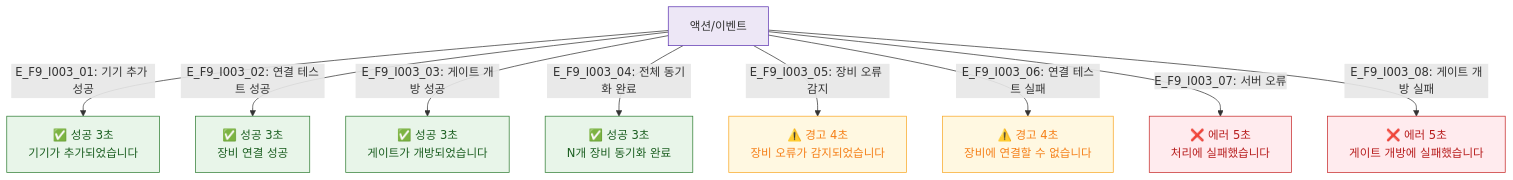
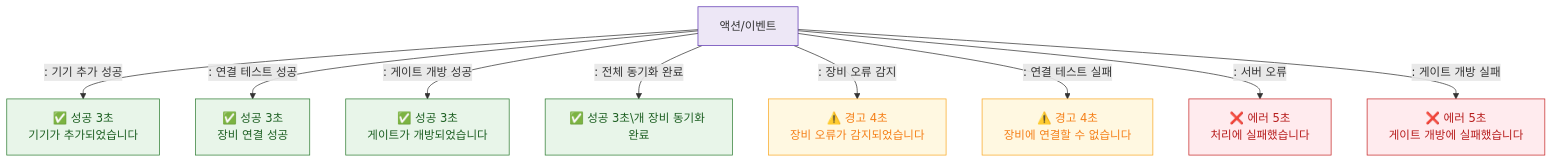
Before and after one commit to dev-spogym/admin-pando: the diagram in docs/다이어그램/D11_통합운영/SCR-I003_IoT연동관리/F9_토스트.md, drawn with Mermaid. The commit also changed other lines of this file and 1660 other files, not shown here.

First line of the commit message:
다이어그램: 기획자/클라이언트 납품본으로 정리

````diff
--- a/docs/다이어그램/D11_통합운영/SCR-I003_IoT연동관리/F9_토스트.md
+++ b/docs/다이어그램/D11_통합운영/SCR-I003_IoT연동관리/F9_토스트.md
@@ -16,22 +14,22 @@
 ```mermaid
 flowchart TD
     ACTIONS[액션/이벤트]
 
-    ACTIONS -->|"E_F9_I003_01: 기기 추가 성공"| T_OK1[✅ 성공 3초\n기기가 추가되었습니다]
-    ACTIONS -->|"E_F9_I003_02: 연결 테스트 성공"| T_OK2[✅ 성공 3초\n장비 연결 성공]
-    ACTIONS -->|"E_F9_I003_03: 게이트 개방 성공"| T_OK3[✅ 성공 3초\n게이트가 개방되었습니다]
-    ACTIONS -->|"E_F9_I003_04: 전체 동기화 완료"| T_OK4[✅ 성공 3초\nN개 장비 동기화 완료]
-    ACTIONS -->|"E_F9_I003_05: 장비 오류 감지"| T_WARN1[⚠️ 경고 4초\n장비 오류가 감지되었습니다]
-    ACTIONS -->|"E_F9_I003_06: 연결 테스트 실패"| T_WARN2[⚠️ 경고 4초\n장비에 연결할 수 없습니다]
-    ACTIONS -->|"E_F9_I003_07: 서버 오류"| T_ERR1[❌ 에러 5초\n처리에 실패했습니다]
-    ACTIONS -->|"E_F9_I003_08: 게이트 개방 실패"| T_ERR2[❌ 에러 5초\n게이트 개방에 실패했습니다]
+    ACTIONS -->|": 기기 추가 성공"|T_OK1[✅ 성공 3초\n기기가 추가되었습니다]
+    ACTIONS -->|": 연결 테스트 성공"|T_OK2[✅ 성공 3초\n장비 연결 성공]
+    ACTIONS -->|": 게이트 개방 성공"|T_OK3[✅ 성공 3초\n게이트가 개방되었습니다]
+    ACTIONS -->|": 전체 동기화 완료"|T_OK4[✅ 성공 3초\개 장비 동기화 완료]
+    ACTIONS -->|": 장비 오류 감지"|T_WARN1[⚠️ 경고 4초\n장비 오류가 감지되었습니다]
+    ACTIONS -->|": 연결 테스트 실패"|T_WARN2[⚠️ 경고 4초\n장비에 연결할 수 없습니다]
+    ACTIONS -->|": 서버 오류"|T_ERR1[❌ 에러 5초\n처리에 실패했습니다]
+    ACTIONS -->|": 게이트 개방 실패"|T_ERR2[❌ 에러 5초\n게이트 개방에 실패했습니다]
 
-    classDef success      fill:#E8F5E9,stroke:#2E7D32,color:#1B5E20
-    classDef warning      fill:#FFF8E1,stroke:#F9A825,color:#F57F17
-    classDef error        fill:#FFEBEE,stroke:#C62828,color:#B71C1C
-    classDef system       fill:#EDE7F6,stroke:#5E35B2
+    classDef success fill:#E8F5E9,stroke:#2E7D32,color:#1B5E20
+    classDef warning fill:#FFF8E1,stroke:#F9A825,color:#F57F17
+    classDef error fill:#FFEBEE,stroke:#C62828,color:#B71C1C
+    classDef system fill:#EDE7F6,stroke:#5E35B2
     class T_OK1,T_OK2,T_OK3,T_OK4 success
     class T_WARN1,T_WARN2 warning
     class T_ERR1,T_ERR2 error
     class ACTIONS system
 ```
````
